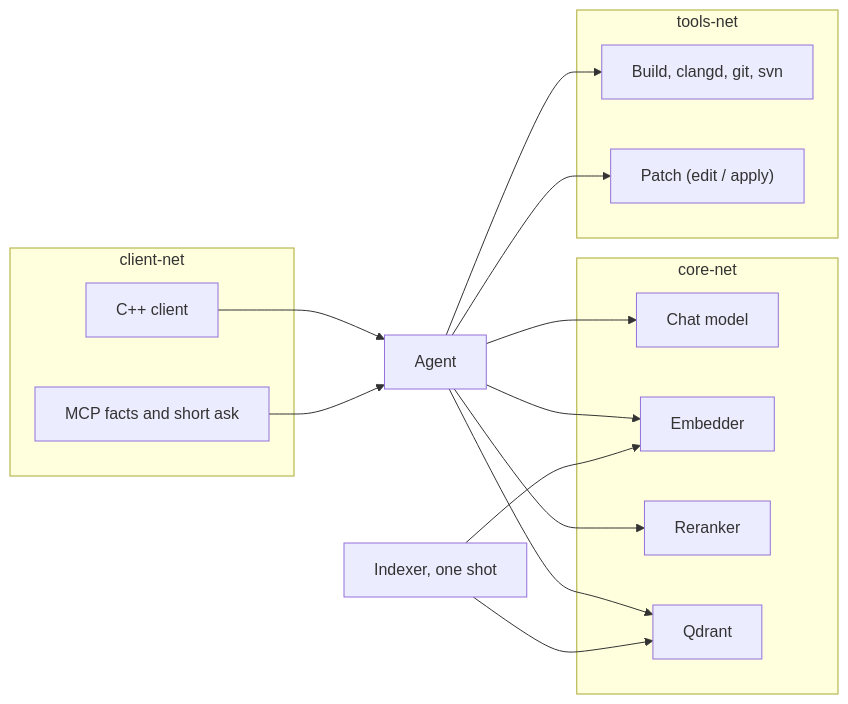
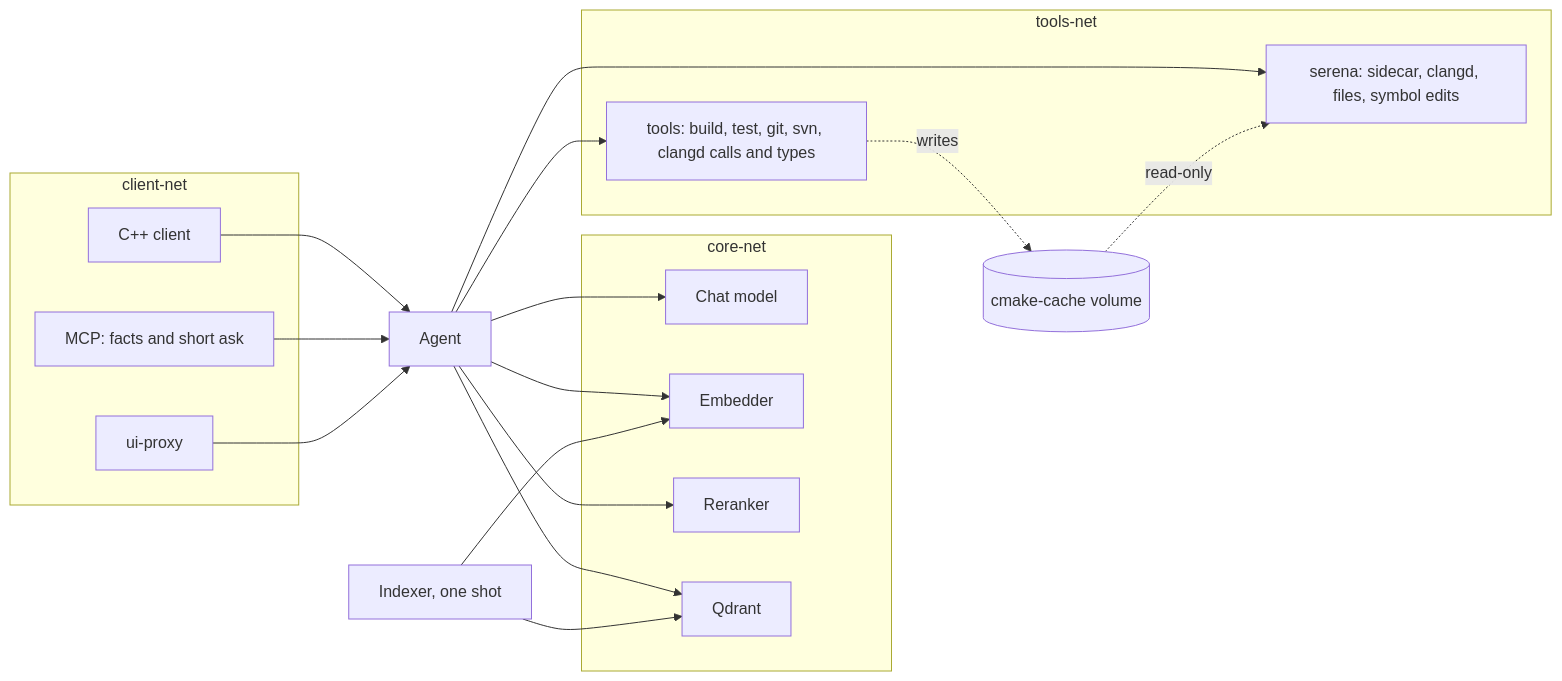
The diagram in docs/architecture/overview.md (SPluszkiewicz/pumba), drawn with Mermaid before and after one commit. The commit also changed other lines of this file and 197 other files, not shown here.

First line of the commit message:
Route code intelligence through the Serena sidecar.

````diff
--- a/docs/architecture/overview.md
+++ b/docs/architecture/overview.md
@@ -6,30 +11,35 @@
 ```mermaid
 flowchart LR
   subgraph clients ["client-net"]
     app["C++ client"]
-    mcp["MCP facts and short ask"]
+    mcp["MCP: facts and short ask"]
+    proxy["ui-proxy"]
   end
   subgraph core ["core-net"]
     llm["Chat model"]
     embedder["Embedder"]
     reranker["Reranker"]
     qdrant["Qdrant"]
   end
   subgraph sandbox ["tools-net"]
-    tools["Build, clangd, git, svn"]
-    patch["Patch (edit / apply)"]
+    tools["tools: build, test, git, svn, clangd calls and types"]
+    serena["serena: sidecar, clangd, files, symbol edits"]
   end
   agent["Agent"]
   indexer["Indexer, one shot"]
+  cache[("cmake-cache volume")]
 
   app --> agent
   mcp --> agent
+  proxy --> agent
   agent --> llm
   agent --> embedder
   agent --> reranker
   agent --> qdrant
   agent --> tools
-  agent --> patch
+  agent --> serena
+  tools -. "writes" .-> cache
+  cache -. "read-only" .-> serena
   indexer --> embedder
   indexer --> qdrant
 ```
````
